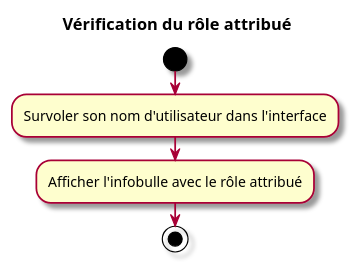
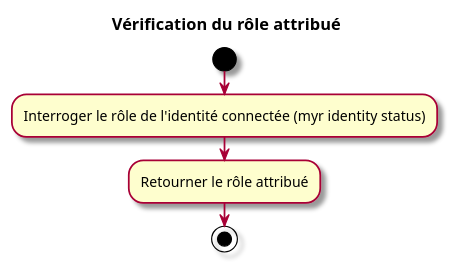
The second of 2 diagrams in specs/1-Expression/UCA-Compte_et_Acces/UCA07.md (olivaux/myr), drawn with PlantUML before and after one commit. The commit also changed other lines of this file and 65 other files, not shown here.

````diff
--- a/specs/1-Expression/UCA-Compte_et_Acces/UCA07.md
+++ b/specs/1-Expression/UCA-Compte_et_Acces/UCA07.md
@@ -51,10 +51,10 @@
 ```plantuml
 @startuml
 skin rose
 title Vérification du rôle attribué
 start
-:Survoler son nom d'utilisateur dans l'interface;
-:Afficher l'infobulle avec le rôle attribué;
+:Interroger le rôle de l'identité connectée (myr identity status);
+:Retourner le rôle attribué;
 stop
 @enduml
 ```
````
